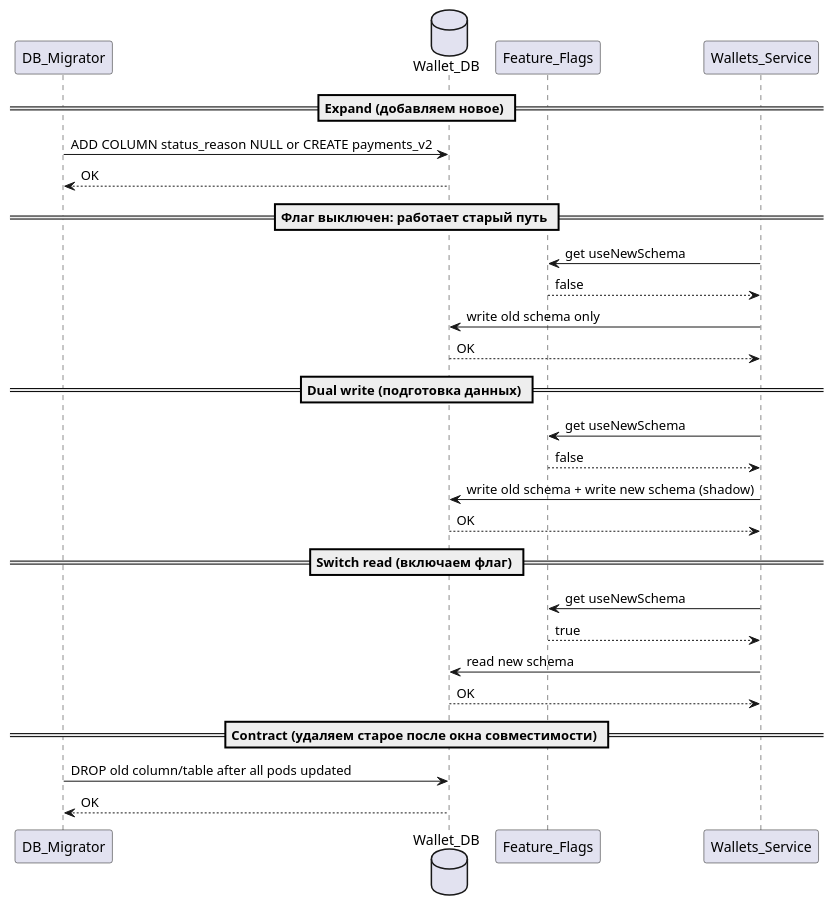
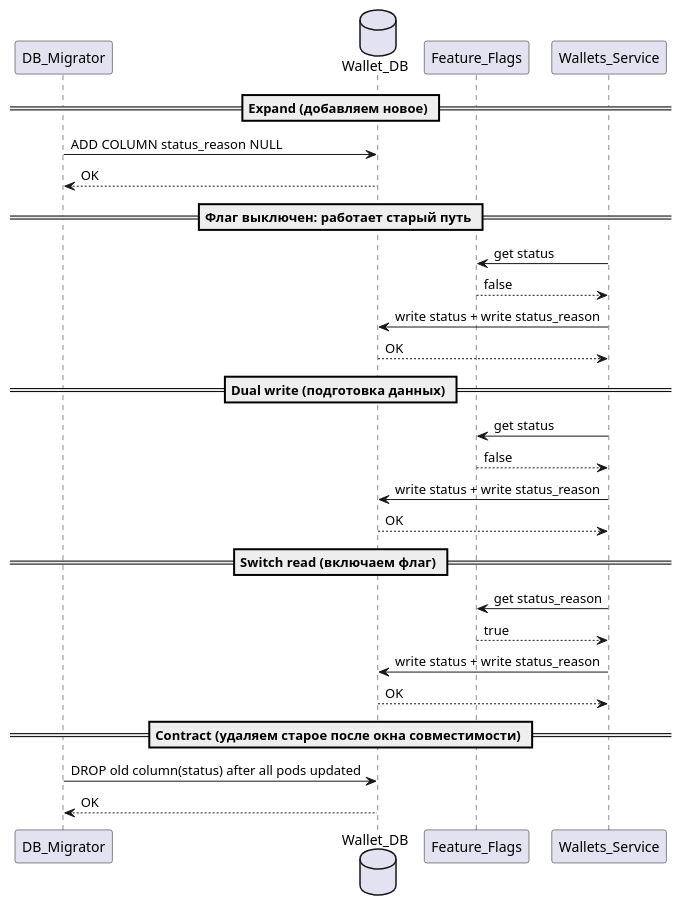
Before and after one commit to vaneks/System-design: the diagram in project/Sequence/Sequence_db_migration_expand.puml, drawn with PlantUML. The commit also changed 17 other files, not shown here.

```diff
--- a/project/Sequence/Sequence_db_migration_expand.puml
+++ b/project/Sequence/Sequence_db_migration_expand.puml
@@ -1,34 +1,34 @@
 @startuml
 
 participant DB_Migrator as DB_Migrator
 database Wallet_DB as DB
 participant Feature_Flags as FF
 participant Wallets_Service as WS
 
 == Expand (добавляем новое) ==
-DB_Migrator -> DB : ADD COLUMN status_reason NULL or CREATE payments_v2
+DB_Migrator -> DB : ADD COLUMN status_reason NULL
 DB --> DB_Migrator : OK
 
 == Флаг выключен: работает старый путь ==
-WS -> FF : get useNewSchema
+WS -> FF : get status
 FF --> WS : false
-WS -> DB : write old schema only
+WS -> DB : write status + write status_reason
 DB --> WS : OK
 
 == Dual write (подготовка данных) ==
-WS -> FF : get useNewSchema
+WS -> FF : get status
 FF --> WS : false
-WS -> DB : write old schema + write new schema (shadow)
+WS -> DB : write status + write status_reason
 DB --> WS : OK
 
 == Switch read (включаем флаг) ==
-WS -> FF : get useNewSchema
+WS -> FF : get status_reason
 FF --> WS : true
-WS -> DB : read new schema
+WS -> DB : write status + write status_reason
 DB --> WS : OK
 
 == Contract (удаляем старое после окна совместимости) ==
-DB_Migrator -> DB : DROP old column/table after all pods updated
+DB_Migrator -> DB : DROP old column(status) after all pods updated
 DB --> DB_Migrator : OK
 
 @enduml
```
